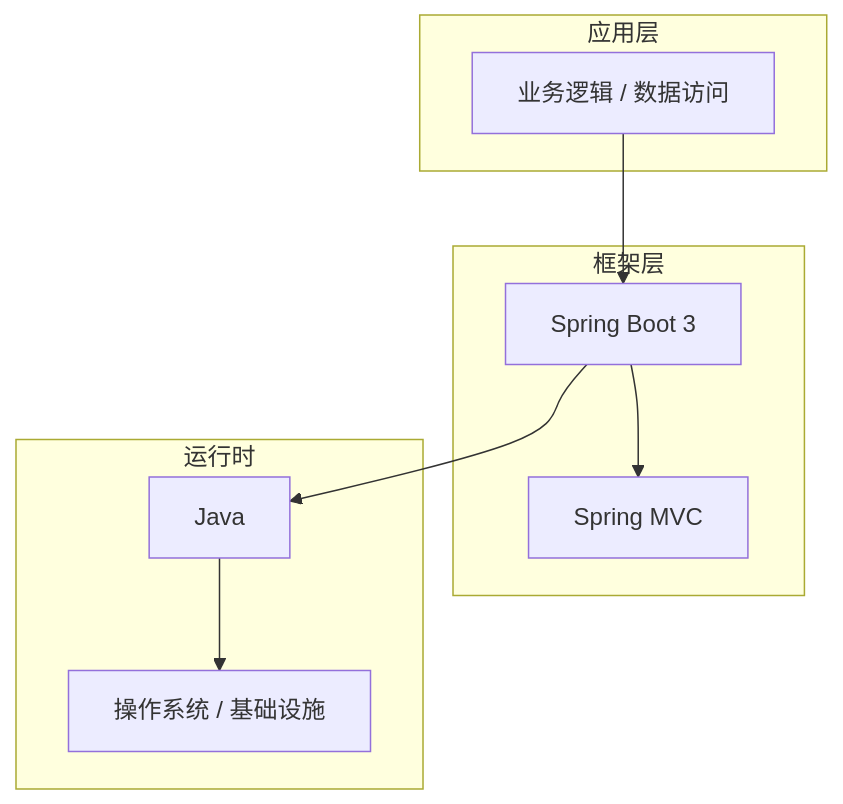
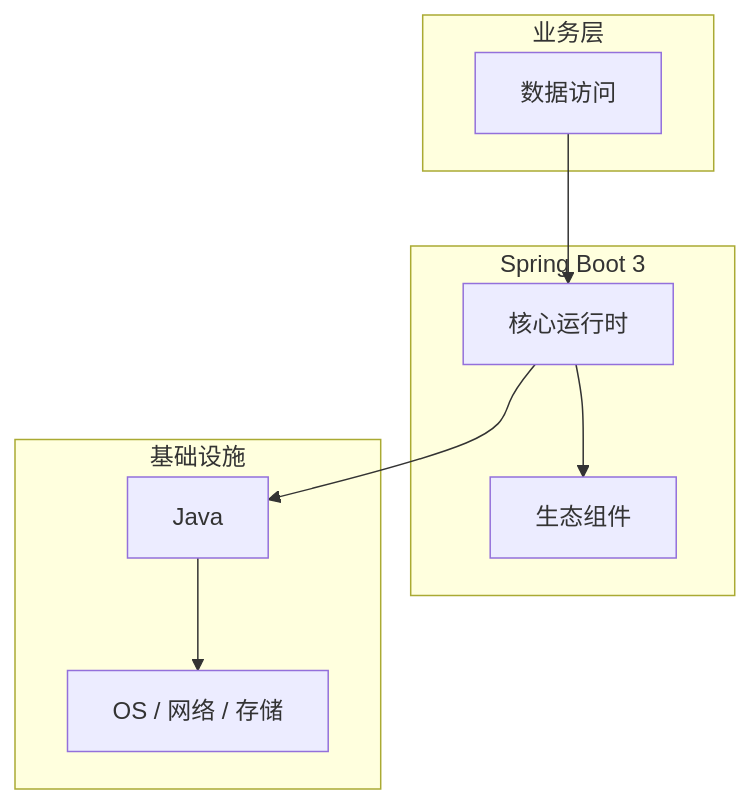
One commit to yanggan2015/knowledge-json-v2 changed the diagram in articles/Spring Boot/chapters/030-数据访问核心概念与原理.md. Above: the diagram before and after it, drawn with Mermaid. The commit also changed other lines of this file and 10127 other files, not shown here.

````diff
--- a/articles/Spring Boot/chapters/030-数据访问核心概念与原理.md
+++ b/articles/Spring Boot/chapters/030-数据访问核心概念与原理.md
@@ -45,18 +34,18 @@
 ```mermaid
 graph TB
-    subgraph 应用层
-        A[业务逻辑 / 数据访问]
+    subgraph 业务层
+        A[数据访问]
     end
-    subgraph 框架层
-        B[Spring Boot 3]
-        C[Spring MVC]
+    subgraph Spring Boot 3
+        B[核心运行时]
+        C[生态组件]
     end
-    subgraph 运行时
+    subgraph 基础设施
         D[Java]
-        E[操作系统 / 基础设施]
+        E[OS / 网络 / 存储]
     end
     A --> B
     B --> C
     B --> D
     D --> E
 ```
````
